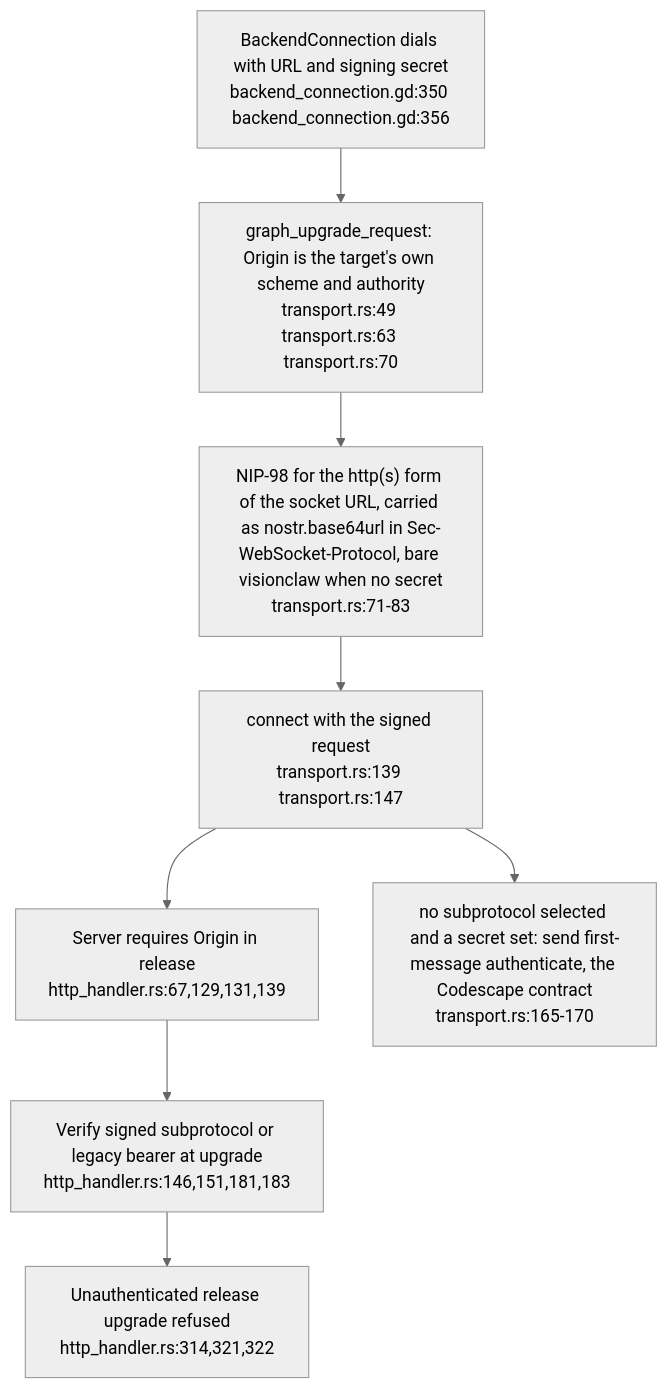
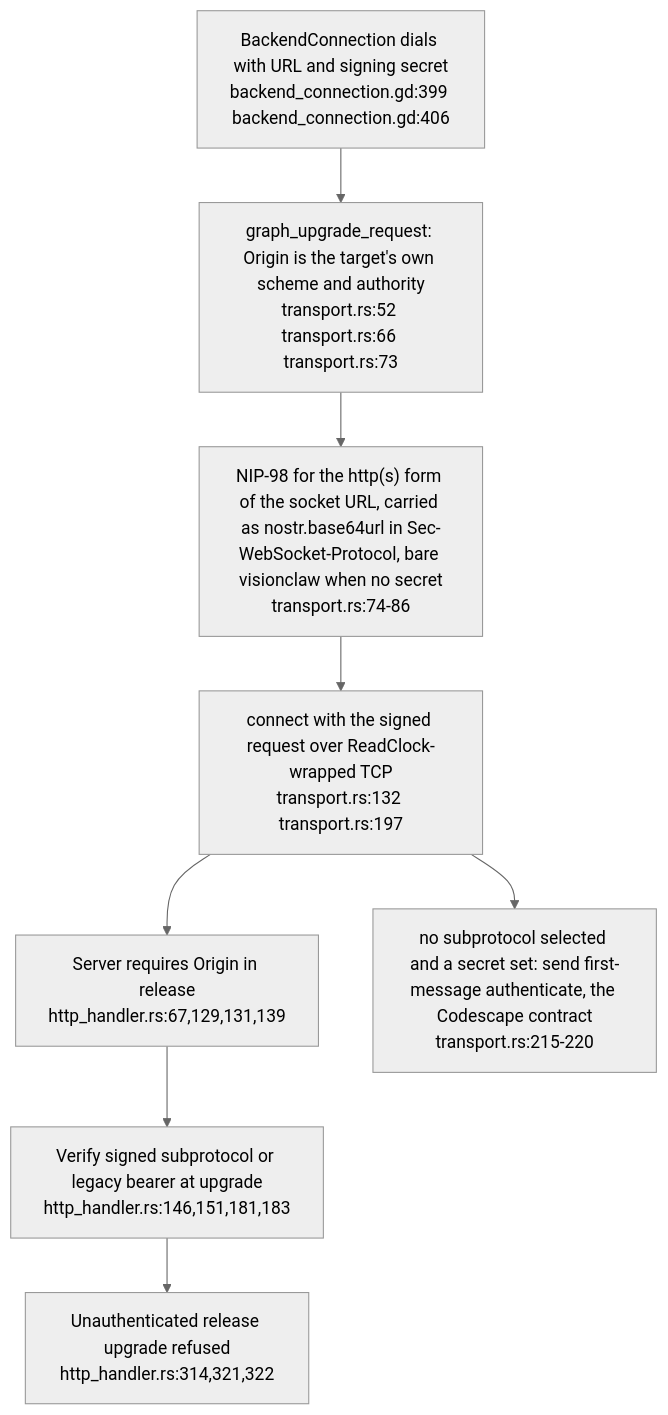
The first of 3 diagrams in docs/diagrams/visionclaw/48-dataspace-federation-prerequisites.md (DreamLab-AI/VisionFlow), drawn with Mermaid (neutral theme) before and after one commit. The commit also changed other lines of this file and 24 other files, not shown here.

Commit message:
docs: align XR liveness, filtering and rendering diagrams (#33)

````diff
--- a/docs/diagrams/visionclaw/48-dataspace-federation-prerequisites.md
+++ b/docs/diagrams/visionclaw/48-dataspace-federation-prerequisites.md
@@ -33,10 +33,10 @@
 ```mermaid
 flowchart TD
-    DIAL["BackendConnection dials with URL and signing secret<br/>backend_connection.gd:350 backend_connection.gd:356"] --> REQ["graph_upgrade_request: Origin is the target's own scheme and authority<br/>transport.rs:49 transport.rs:63 transport.rs:70"]
-    REQ --> CAR["NIP-98 for the http(s) form of the socket URL, carried as nostr.base64url in Sec-WebSocket-Protocol, bare visionclaw when no secret<br/>transport.rs:71-83"]
-    CAR --> CONN["connect with the signed request<br/>transport.rs:139 transport.rs:147"]
+    DIAL["BackendConnection dials with URL and signing secret<br/>backend_connection.gd:399 backend_connection.gd:406"] --> REQ["graph_upgrade_request: Origin is the target's own scheme and authority<br/>transport.rs:52 transport.rs:66 transport.rs:73"]
+    REQ --> CAR["NIP-98 for the http(s) form of the socket URL, carried as nostr.base64url in Sec-WebSocket-Protocol, bare visionclaw when no secret<br/>transport.rs:74-86"]
+    CAR --> CONN["connect with the signed request over ReadClock-wrapped TCP<br/>transport.rs:132 transport.rs:197"]
     CONN --> ORIGIN["Server requires Origin in release<br/>http_handler.rs:67,129,131,139"]
     ORIGIN --> AUTH["Verify signed subprotocol or legacy bearer at upgrade<br/>http_handler.rs:146,151,181,183"]
     AUTH --> DENY["Unauthenticated release upgrade refused<br/>http_handler.rs:314,321,322"]
-    CONN --> FB["no subprotocol selected and a secret set: send first-message authenticate, the Codescape contract<br/>transport.rs:165-170"]
+    CONN --> FB["no subprotocol selected and a secret set: send first-message authenticate, the Codescape contract<br/>transport.rs:215-220"]
 ```
````
